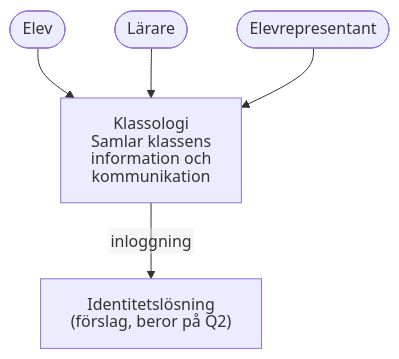
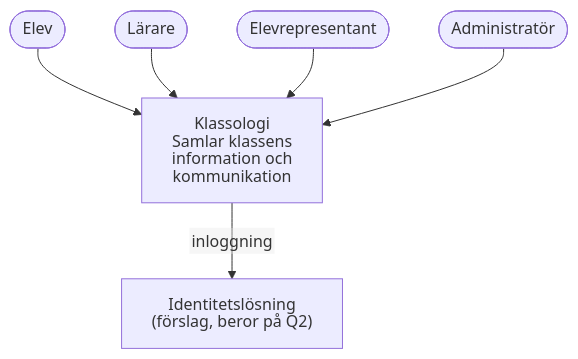
One commit to WeeHorse/Klassologi changed the first of 3 diagrams in Specifications/Architecture.md. Above: the diagram before and after it, drawn with Mermaid. The commit also changed other lines of this file and 16 other files, not shown here.

````diff
--- a/Specifications/Architecture.md
+++ b/Specifications/Architecture.md
@@ -13,16 +13,18 @@
 ```mermaid
 %%{init: {"htmlLabels": false, "flowchart": {"htmlLabels": false}}}%%
 flowchart TB
     elev([Elev])
     larare([Lärare])
     rep([Elevrepresentant])
+    admin([Administratör])
 
     klassologi["Klassologi<br/>Samlar klassens information och kommunikation"]
 
     idp["Identitetslösning<br/>(förslag, beror på Q2)"]
 
     elev --> klassologi
     larare --> klassologi
     rep --> klassologi
+    admin --> klassologi
     klassologi -- inloggning --> idp
 ```
````
